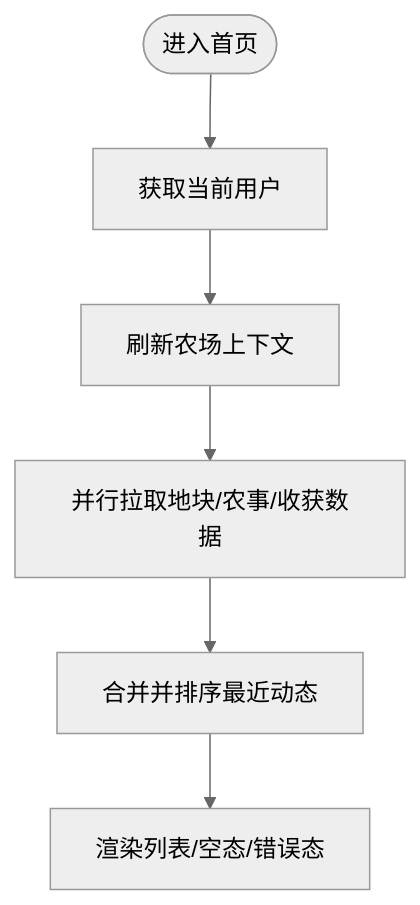
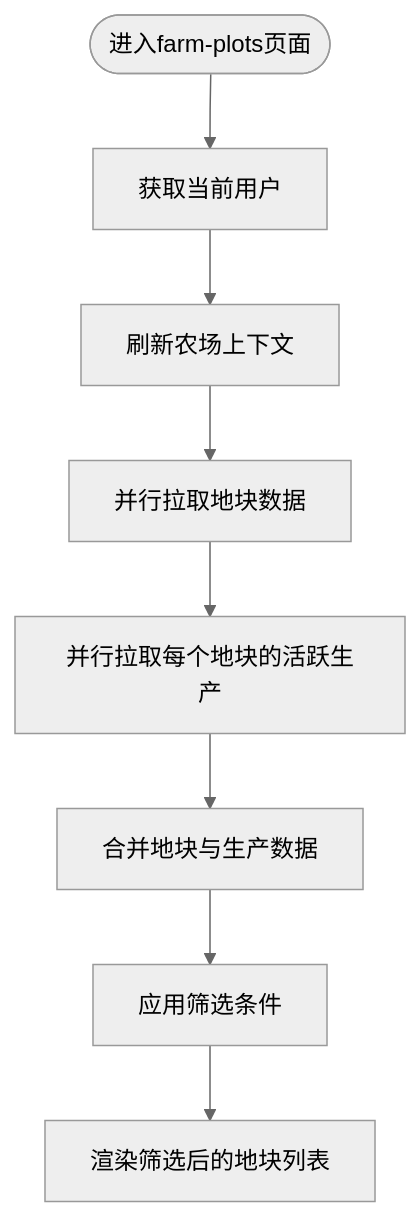
Before and after one commit to wungjyan/pocket-farm: the fifth of 7 diagrams in .qoder/repowiki/zh/content/前端应用/应用架构设计.md, drawn with Mermaid (neutral theme). The commit also changed other lines of this file and 198 other files, not shown here.

````diff
--- a/.qoder/repowiki/zh/content/前端应用/应用架构设计.md
+++ b/.qoder/repowiki/zh/content/前端应用/应用架构设计.md
@@ -202,8 +246,10 @@
 ```mermaid
 flowchart TD
-Start(["进入首页"]) --> LoadUser["获取当前用户"]
+Start(["进入farm-plots页面"]) --> LoadUser["获取当前用户"]
 LoadUser --> RefreshFarm["刷新农场上下文"]
-RefreshFarm --> FetchData["并行拉取地块/农事/收获数据"]
-FetchData --> Merge["合并并排序最近动态"]
-Merge --> Render["渲染列表/空态/错误态"]
+RefreshFarm --> FetchPlots["并行拉取地块数据"]
+FetchPlots --> FetchProductions["并行拉取每个地块的活跃生产"]
+FetchProductions --> MergeData["合并地块与生产数据"]
+MergeData --> ApplyFilter["应用筛选条件"]
+ApplyFilter --> Render["渲染筛选后的地块列表"]
 ```
````
